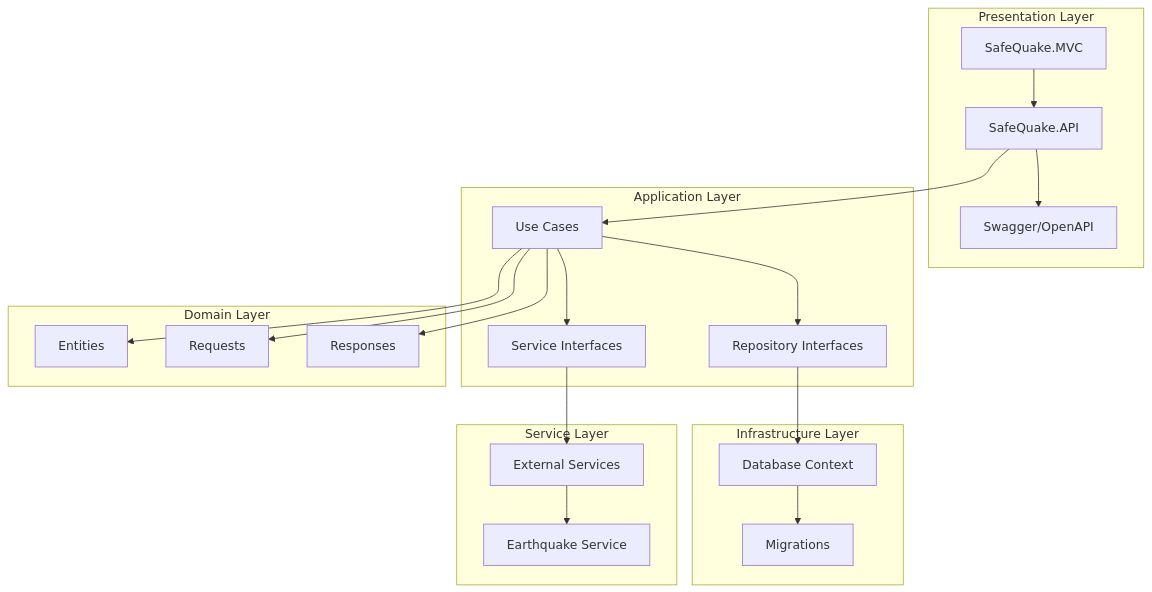
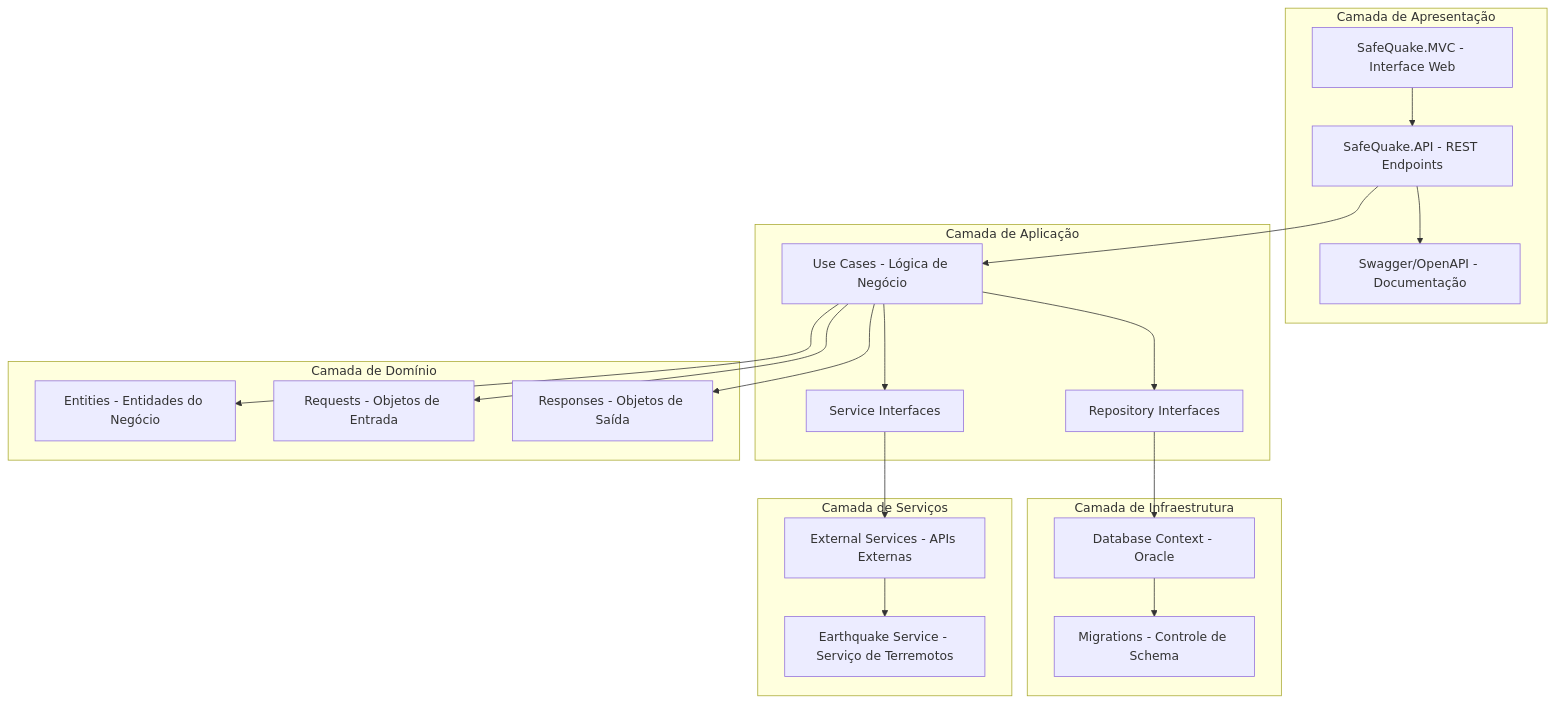
The first of 2 diagrams in README.md (levmn/safequake-api), drawn with Mermaid before and after one commit. The commit also changed other lines of this file, not shown here.

Commit message:
atualizando diagramas

````diff
--- a/README.md
+++ b/README.md
@@ -54,46 +54,47 @@
 ```mermaid
 graph TD
-    subgraph "Presentation Layer"
-        MVC["SafeQuake.MVC"]
-        API["SafeQuake.API"]
-        Swagger["Swagger/OpenAPI"]
+    subgraph "Camada de Apresentação"
+        A1[SafeQuake.MVC - Interface Web]
+        A2[SafeQuake.API - REST Endpoints]
+        A3[Swagger/OpenAPI - Documentação]
     end
-
-    subgraph "Application Layer"
-        UC["Use Cases"]
-        IRepo["Repository Interfaces"]
-        IServ["Service Interfaces"]
+    
+    subgraph "Camada de Aplicação"
+        B1[Use Cases - Lógica de Negócio]
+        B2[Repository Interfaces]
+        B3[Service Interfaces]
     end
-
-    subgraph "Domain Layer"
-        E["Entities"]
-        Req["Requests"]
-        Res["Responses"]
+    
+    subgraph "Camada de Domínio"
+        C1[Entities - Entidades do Negócio]
+        C2[Requests - Objetos de Entrada]
+        C3[Responses - Objetos de Saída]
     end
-
-    subgraph "Infrastructure Layer"
-        DB["Database Context"]
-        Mig["Migrations"]
+    
+    subgraph "Camada de Infraestrutura"
+        D1[Database Context - Oracle]
+        D2[Migrations - Controle de Schema]
     end
-
-    subgraph "Service Layer"
-        ExtServ["External Services"]
-        EQServ["Earthquake Service"]
+    
+    subgraph "Camada de Serviços"
+        E1[External Services - APIs Externas]
+        E2[Earthquake Service - Serviço de Terremotos]
     end
-
-    MVC --> API
-    API --> Swagger
-    API --> UC
     
-    UC --> IRepo
-    UC --> IServ
-    UC --> E
-    UC --> Req
-    UC --> Res
+    %% Fluxo de dados
+    A1 --> A2
+    A2 --> A3
+    A2 --> B1
     
-    IRepo --> DB
-    DB --> Mig
+    B1 --> B2
+    B1 --> B3
+    B1 --> C1
+    B1 --> C2
+    B1 --> C3
     
-    IServ --> ExtServ
-    ExtServ --> EQServ
+    B2 --> D1
+    D1 --> D2
+    
+    B3 --> E1
+    E1 --> E2
 ```
````
